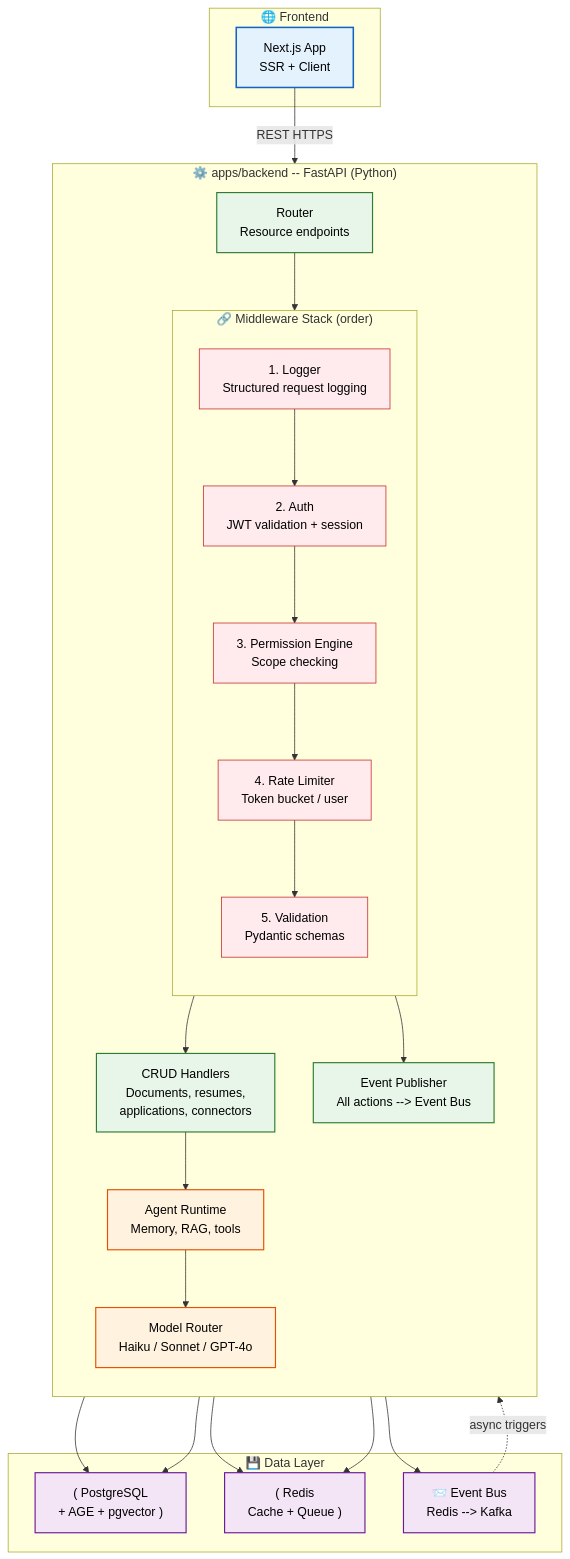
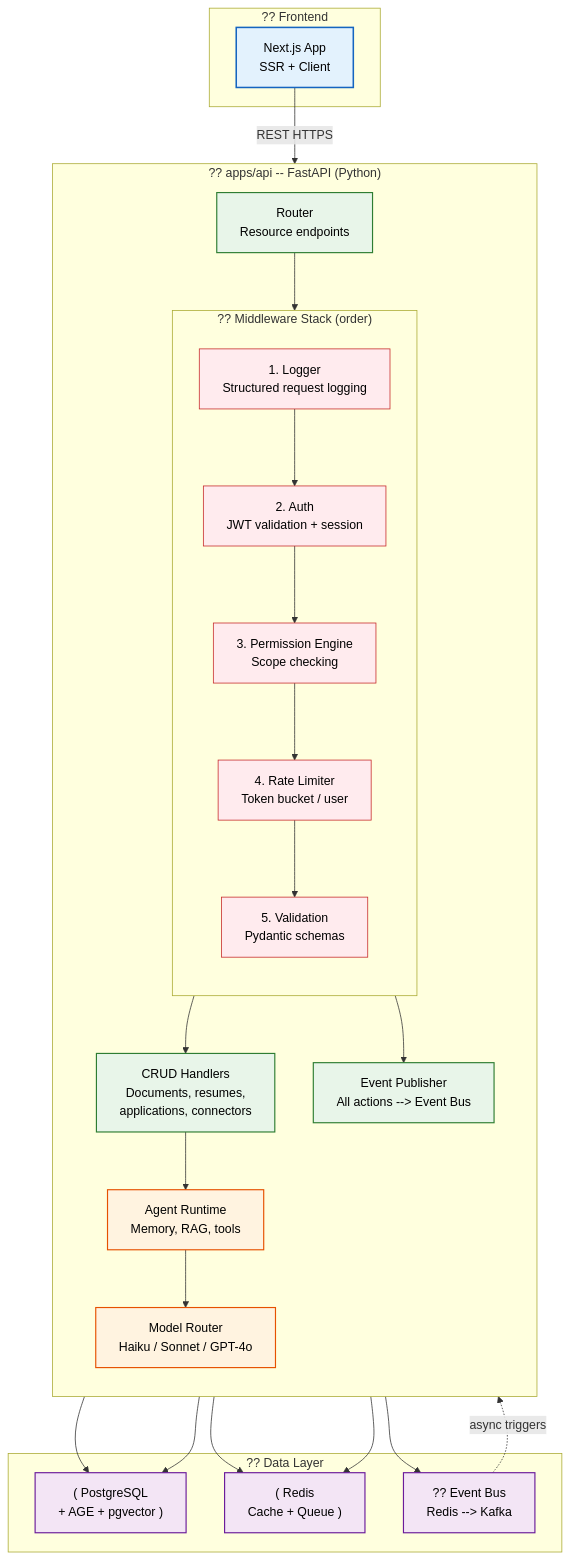
The diagram in docs/backend/Backend-Architecture.md (Driftloom/Vaeloom), drawn with Mermaid before and after one commit. The commit also changed other lines of this file and 730 other files, not shown here.

First line of the commit message:
refactor: rename apps/backend to apps/api + upgrade MVP-P02 prompt

````diff
--- a/docs/backend/Backend-Architecture.md
+++ b/docs/backend/Backend-Architecture.md
@@ -10,54 +10,54 @@
 ```mermaid
 graph TD
     classDef front fill:#e3f2fd,stroke:#1565c0,color:#000,stroke-width:2px
     classDef api fill:#e8f5e9,stroke:#2e7d32,color:#000,stroke-width:1.5px
     classDef ai fill:#fff3e0,stroke:#e65100,color:#000,stroke-width:1.5px
     classDef infra fill:#f3e5f5,stroke:#6a1b9a,color:#000,stroke-width:1.5px
     classDef mw fill:#ffebee,stroke:#c62828,color:#000,stroke-width:1px
 
-    subgraph Frontend["🌐 Frontend"]
+    subgraph Frontend["?? Frontend"]
         WEB["Next.js App<br/>SSR + Client"]
     end
 
-    subgraph Backend["⚙️ apps/backend -- FastAPI (Python)"]
+    subgraph Backend["?? apps/api -- FastAPI (Python)"]
         direction TB
         B1["Router<br/>Resource endpoints"]
 
-        subgraph Middleware["🔗 Middleware Stack (order)"]
+        subgraph Middleware["?? Middleware Stack (order)"]
             direction TB
             M1["1. Logger<br/>Structured request logging"]
             M2["2. Auth<br/>JWT validation + session"]
             M3["3. Permission Engine<br/>Scope checking"]
             M4["4. Rate Limiter<br/>Token bucket / user"]
             M5["5. Validation<br/>Pydantic schemas"]
         end
 
         B2["CRUD Handlers<br/>Documents, resumes,\napplications, connectors"]
         B3["Event Publisher<br/>All actions --> Event Bus"]
         A1["Agent Runtime<br/>Memory, RAG, tools"]
         A2["Model Router<br/>Haiku / Sonnet / GPT-4o"]
     end
 
-    subgraph Data["💾 Data Layer"]
+    subgraph Data["?? Data Layer"]
         PG["( PostgreSQL<br/>+ AGE + pgvector )"]
         REDIS["( Redis<br/>Cache + Queue )"]
-        EVENTS["📨 Event Bus<br/>Redis --> Kafka"]
+        EVENTS["?? Event Bus<br/>Redis --> Kafka"]
     end
 
     WEB -->|REST HTTPS| B1
     B1 --> M1 --> M2 --> M3 --> M4 --> M5
     M5 --> B2 & B3
     B2 --> A1
     A1 --> A2
     B2 --> PG & REDIS
     A1 --> PG & REDIS
     B3 --> EVENTS
     EVENTS -.->|async triggers| A1
 
     class WEB front
     class B1,B2,B3 api
     class M1,M2,M3,M4,M5 mw
     class A1,A2 ai
     class PG,REDIS,EVENTS infra
 
 ```
````
